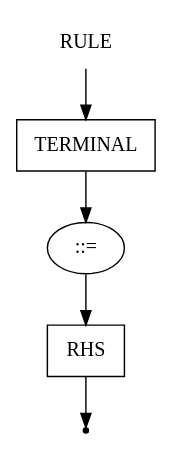
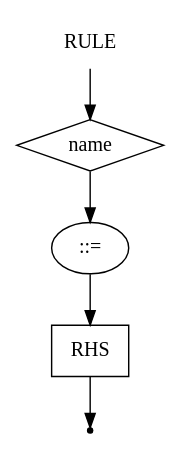
One commit to aVorotnikov/dsl_generator changed the diagram in _examples/rbnf/rule.gv. Above: the diagram before and after it, drawn with Graphviz. The commit also changed 7 other files, not shown here.

```diff
--- a/_examples/rbnf/rule.gv
+++ b/_examples/rbnf/rule.gv
@@ -1,11 +1,11 @@
 digraph RULE {
     start [label=RULE shape=plaintext]
-    A [label=TERMINAL shape=box]
+    A [label=name shape=diamond]
     B [label="::=" shape=oval]
     C [label=RHS shape=box]
     end [label="" shape=point]
     start -> A
     A -> B
     B -> C
     C -> end
 }
```
